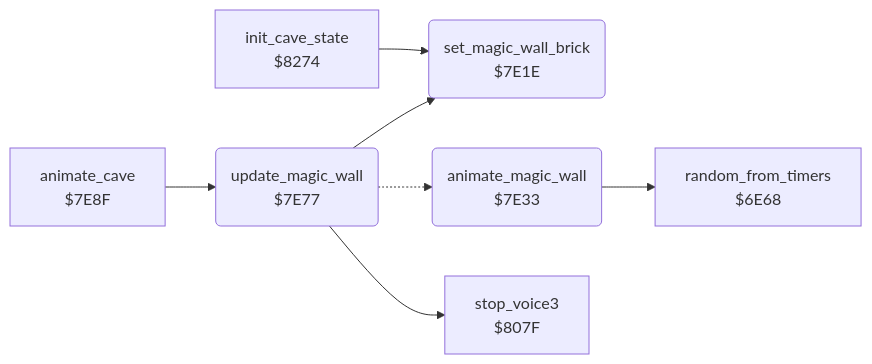
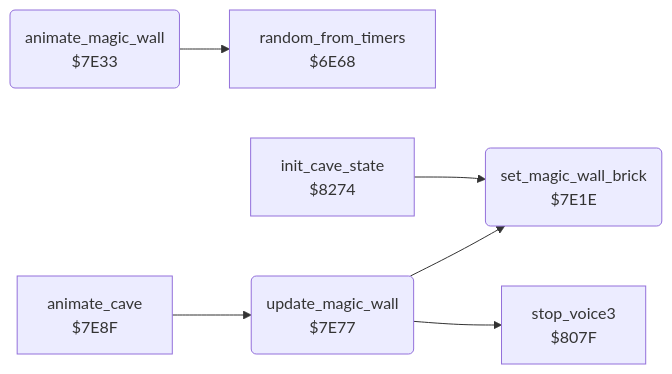
The diagram in boulder_dash/v2/docs/reference/modules/engine/magic_wall.md (henols/c64_games), drawn with Mermaid before and after one commit. The commit also changed other lines of this file and 1100 other files, not shown here.

````diff
--- a/boulder_dash/v2/docs/reference/modules/engine/magic_wall.md
+++ b/boulder_dash/v2/docs/reference/modules/engine/magic_wall.md
@@ -10,16 +18,15 @@
 ```mermaid
 flowchart LR
   n6e68["random_from_timers<br/>$6E68"]
   n7e1e("set_magic_wall_brick<br/>$7E1E")
   n7e33("animate_magic_wall<br/>$7E33")
   n7e77("update_magic_wall<br/>$7E77")
   n7e8f["animate_cave<br/>$7E8F"]
   n807f["stop_voice3<br/>$807F"]
   n8274["init_cave_state<br/>$8274"]
   n7e33 --> n6e68
   n7e77 --> n7e1e
-  n7e77 -.-> n7e33
   n7e77 --> n807f
   n7e8f --> n7e77
   n8274 --> n7e1e
 ```
````
